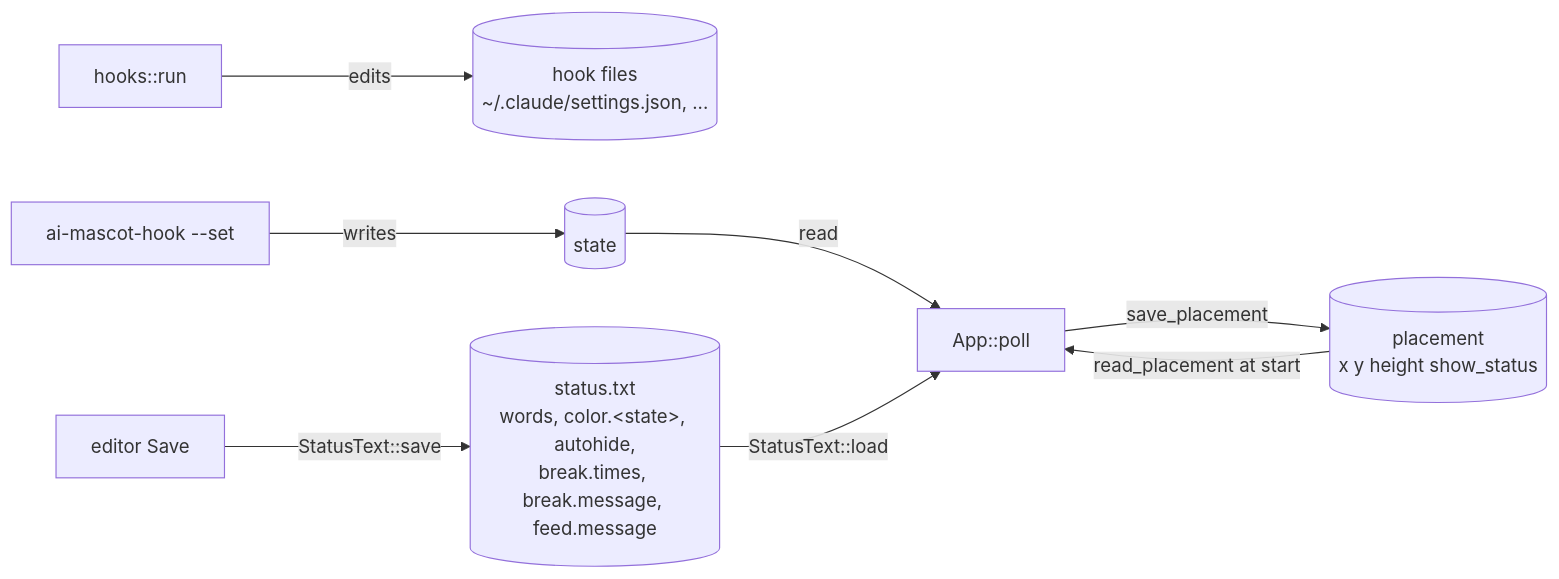
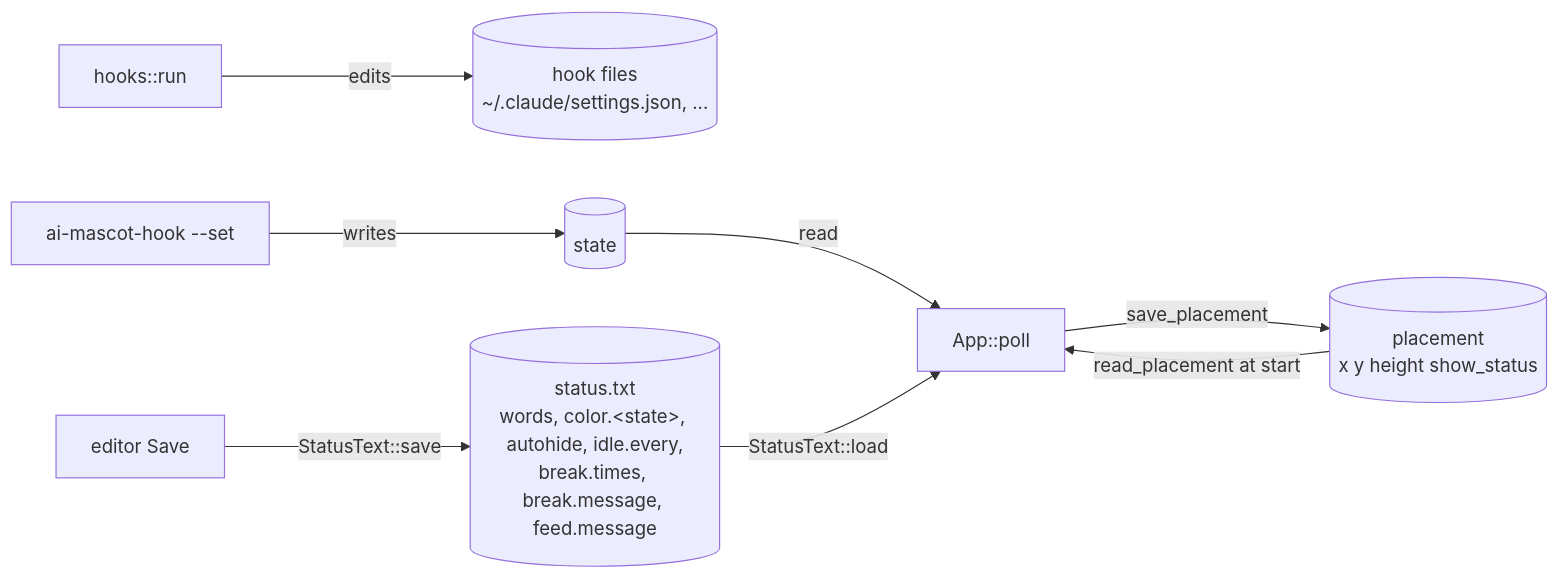
The seventh of 7 diagrams in docs/en/architecture.md (thanachaiakt/ai-mascot-hook), drawn with Mermaid before and after one commit. The commit also changed other lines of this file and 40 other files, not shown here.

````diff
--- a/docs/en/architecture.md
+++ b/docs/en/architecture.md
@@ -209,10 +212,10 @@
 ```mermaid
 flowchart LR
     hooks2["hooks::run"] -- "edits" --> settings[("hook files<br/>~/.claude/settings.json, ...")]
     setcmd["ai-mascot-hook --set"] -- "writes" --> state[("state")]
     state -- "read" --> app2["App::poll"]
     app2 -- "save_placement" --> placement[("placement<br/>x y height show_status")]
     placement -- "read_placement at start" --> app2
-    editor2["editor Save"] -- "StatusText::save" --> statustxt[("status.txt<br/>words, color.&lt;state&gt;, autohide,<br/>break.times, break.message, feed.message")]
+    editor2["editor Save"] -- "StatusText::save" --> statustxt[("status.txt<br/>words, color.&lt;state&gt;, autohide, idle.every,<br/>break.times, break.message, feed.message")]
     statustxt -- "StatusText::load" --> app2
 ```
````
